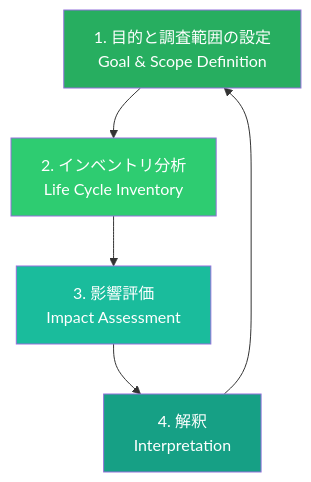
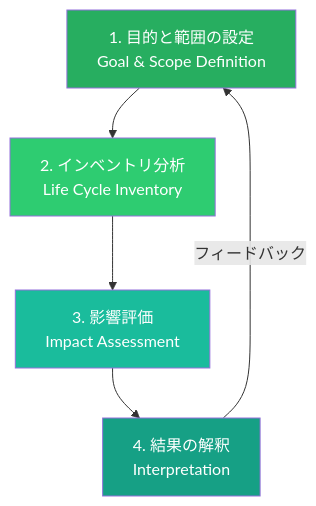
Before and after one commit to Hide-nu/Designer-curriculum: the first of 3 diagrams in docs/books/06-sustainable-design/ch02-lifecycle-assessment.md, drawn with Mermaid. The commit also changed other lines of this file and 13 other files, not shown here.

````diff
--- a/docs/books/06-sustainable-design/ch02-lifecycle-assessment.md
+++ b/docs/books/06-sustainable-design/ch02-lifecycle-assessment.md
@@ -17,12 +17,12 @@
 ```mermaid
 graph TD
-    A[1. 目的と調査範囲の設定<br/>Goal & Scope Definition] --> B[2. インベントリ分析<br/>Life Cycle Inventory]
+    A[1. 目的と範囲の設定<br/>Goal & Scope Definition] --> B[2. インベントリ分析<br/>Life Cycle Inventory]
     B --> C[3. 影響評価<br/>Impact Assessment]
-    C --> D[4. 解釈<br/>Interpretation]
-    D --> A
+    C --> D[4. 結果の解釈<br/>Interpretation]
+    D -->|フィードバック| A
 
     style A fill:#27AE60,color:#fff
     style B fill:#2ECC71,color:#fff
     style C fill:#1ABC9C,color:#fff
     style D fill:#16A085,color:#fff
 ```
````
